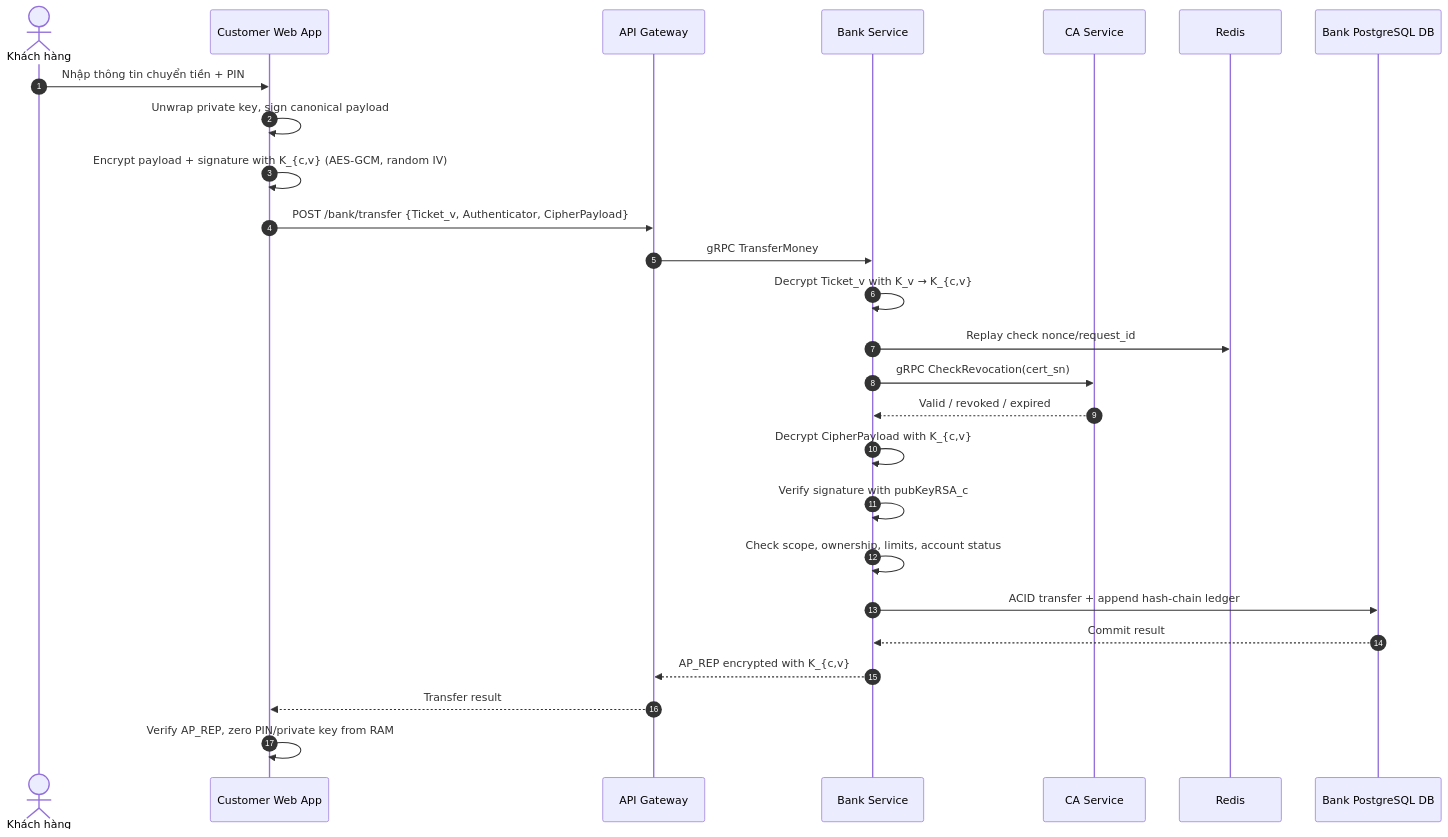
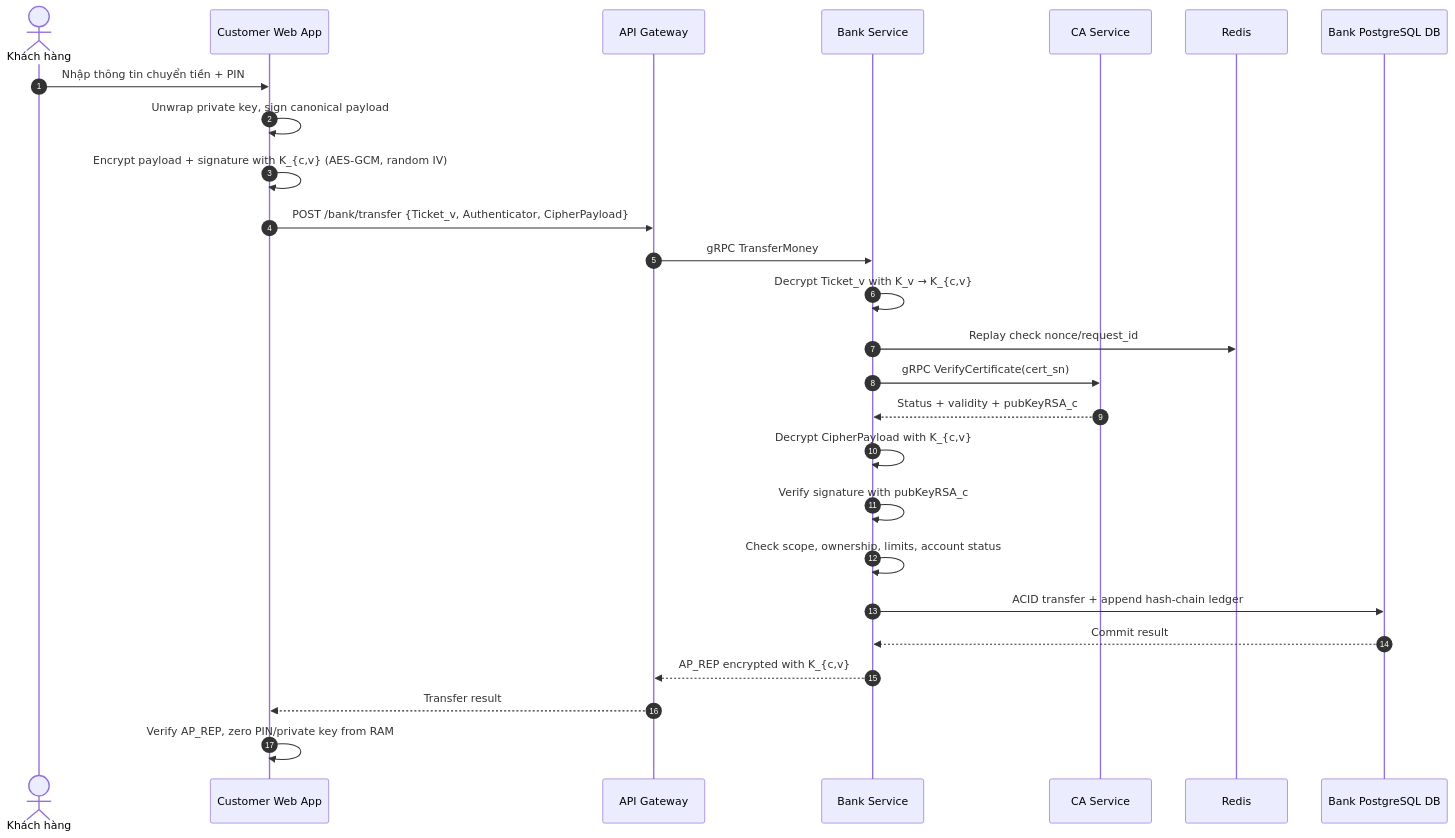
Before and after one commit to TNTT2305hcmus/mini-banking-app: the fifth of 6 diagrams in blueprint/design.md, drawn with Mermaid. The commit also changed other lines of this file and 25 other files, not shown here.

````diff
--- a/blueprint/design.md
+++ b/blueprint/design.md
@@ -438,29 +445,29 @@
 ```mermaid
 sequenceDiagram
     autonumber
     actor C as Khách hàng
     participant Web as Customer Web App
     participant G as API Gateway
     participant B as Bank Service
     participant CA as CA Service
     participant R as Redis
     participant DB as Bank PostgreSQL DB
 
     C->>Web: Nhập thông tin chuyển tiền + PIN
     Web->>Web: Unwrap private key, sign canonical payload
     Web->>Web: Encrypt payload + signature with K_{c,v} (AES-GCM, random IV)
     Web->>G: POST /bank/transfer {Ticket_v, Authenticator, CipherPayload}
     G->>B: gRPC TransferMoney
     B->>B: Decrypt Ticket_v with K_v → K_{c,v}
     B->>R: Replay check nonce/request_id
-    B->>CA: gRPC CheckRevocation(cert_sn)
-    CA-->>B: Valid / revoked / expired
+    B->>CA: gRPC VerifyCertificate(cert_sn)
+    CA-->>B: Status + validity + pubKeyRSA_c
     B->>B: Decrypt CipherPayload with K_{c,v}
     B->>B: Verify signature with pubKeyRSA_c
     B->>B: Check scope, ownership, limits, account status
     B->>DB: ACID transfer + append hash-chain ledger
     DB-->>B: Commit result
     B-->>G: AP_REP encrypted with K_{c,v}
     G-->>Web: Transfer result
     Web->>Web: Verify AP_REP, zero PIN/private key from RAM
 ```
````
